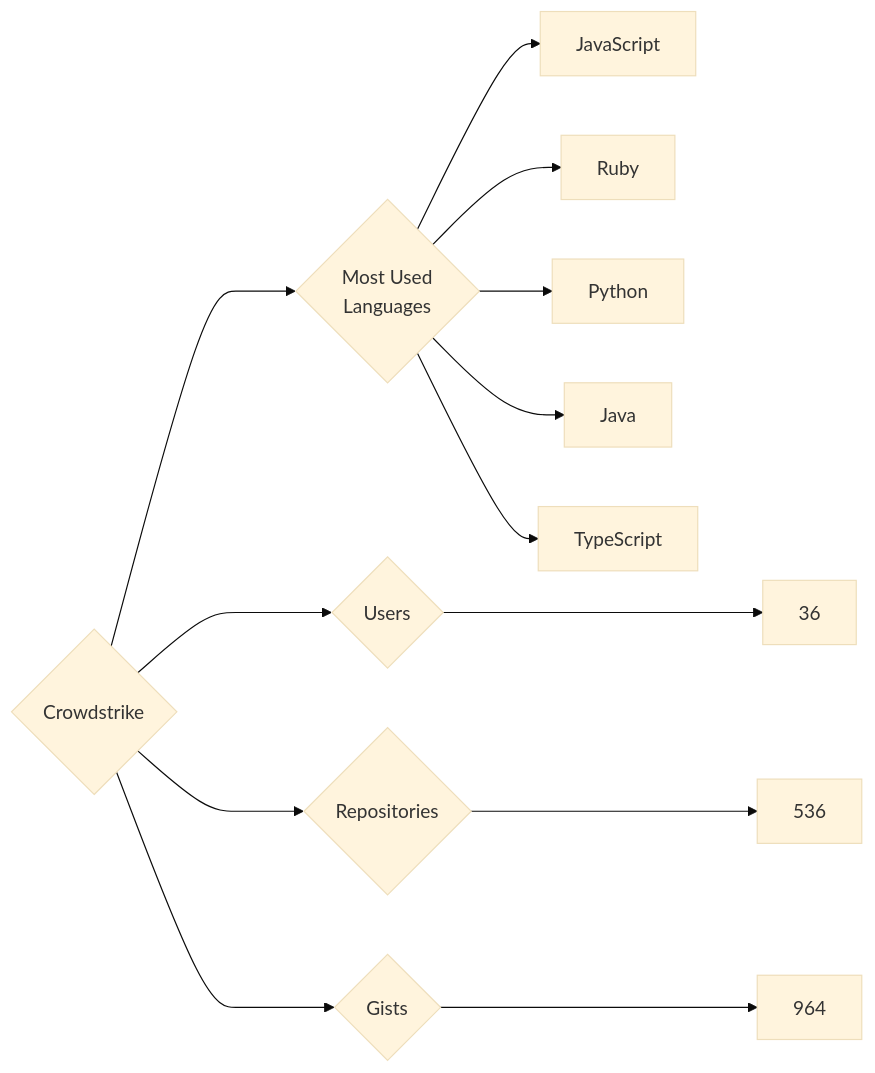
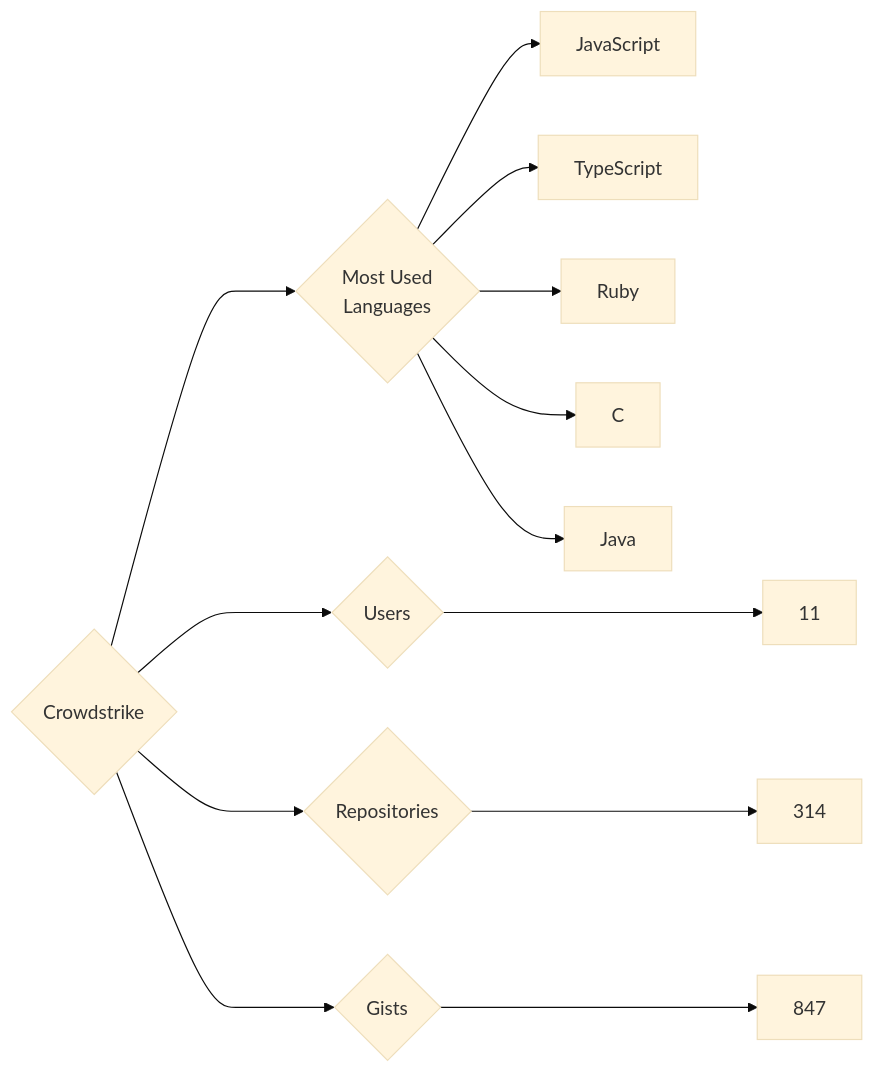
The diagram in targets/Crowdstrike/README.md (trickest/insiders), drawn with Mermaid (base theme) before and after one commit. The commit also changed 930 other files, not shown here.

````diff
--- a/targets/Crowdstrike/README.md
+++ b/targets/Crowdstrike/README.md
@@ -3,13 +3,13 @@
 ```mermaid
 graph LR
 COMPANY_NAME{Crowdstrike}
-COMPANY_NAME ---> U{Users} ---> UN[36]
-COMPANY_NAME ---> R{Repositories} ---> RN[536]
-COMPANY_NAME ---> G{Gists} ---> GN[964]
+COMPANY_NAME ---> U{Users} ---> UN[11]
+COMPANY_NAME ---> R{Repositories} ---> RN[314]
+COMPANY_NAME ---> G{Gists} ---> GN[847]
 COMPANY_NAME ---> ML{Most Used<br>Languages}
 ML --> JavaScript[JavaScript]
+ML --> TypeScript[TypeScript]
 ML --> Ruby[Ruby]
-ML --> Python[Python]
+ML --> C[C]
 ML --> Java[Java]
-ML --> TypeScript[TypeScript]
 ```
````
